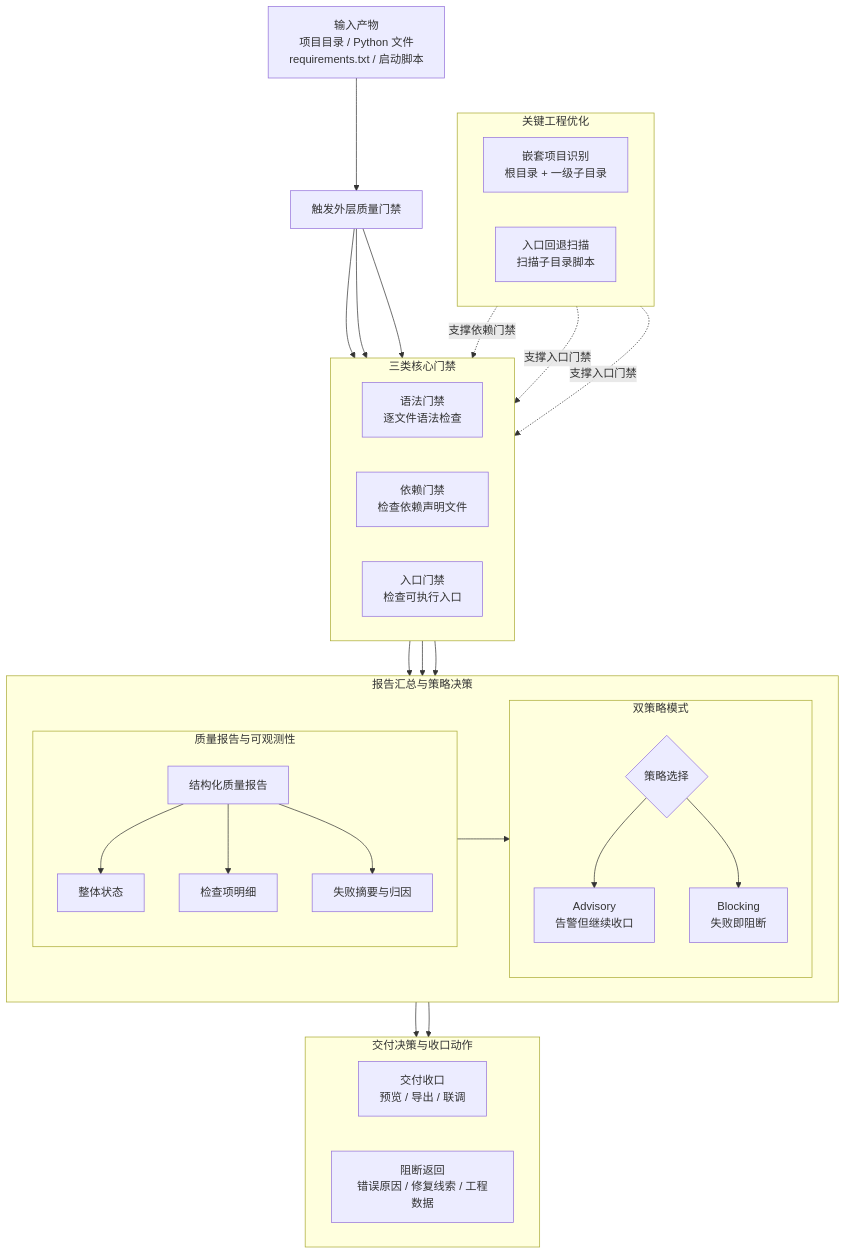
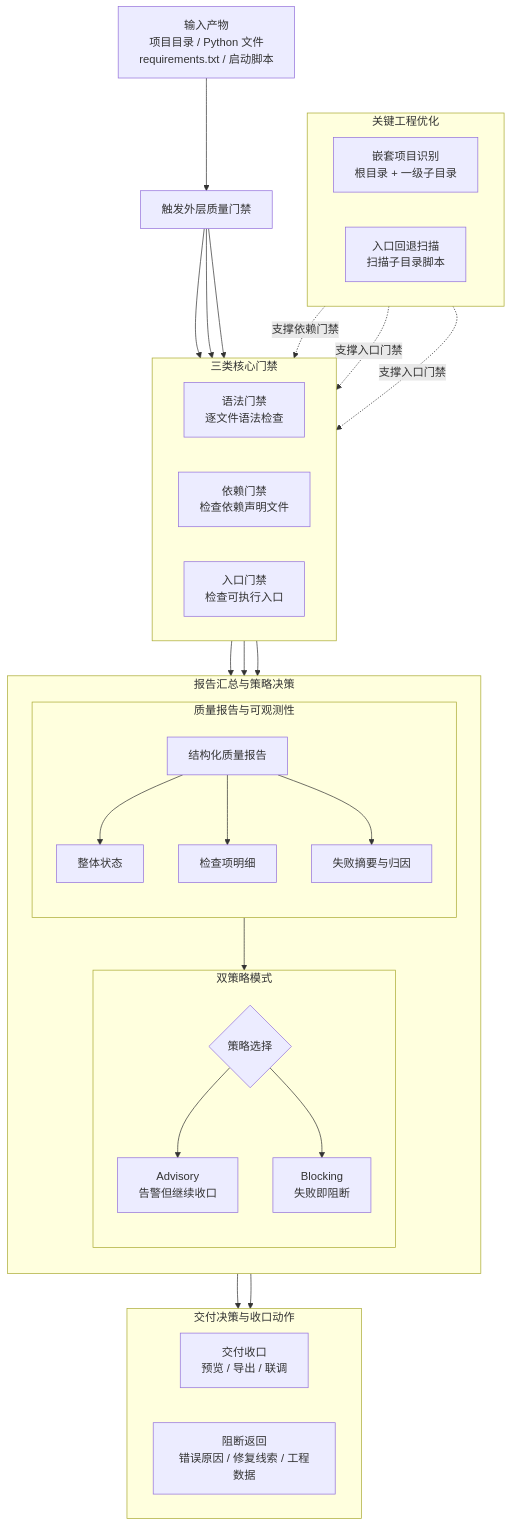
The diagram in all/未命名-3.md (William88866/iodraw-files), drawn with Mermaid before and after one commit.

Commit message:
2026-04-11 19:45:41 update

````diff
--- a/all/未命名-3.md
+++ b/all/未命名-3.md
@@ -1,69 +1,69 @@
 ```mermaid
 graph TD
 
 A[输入产物<br/>项目目录 / Python 文件<br/>requirements.txt / 启动脚本]
 B[触发外层质量门禁]
 
 A --> B
 
 subgraph D[关键工程优化]
 direction LR
 D1[嵌套项目识别<br/>根目录 + 一级子目录]
 D2[入口回退扫描<br/>扫描子目录脚本]
 end
 
 subgraph C[三类核心门禁]
 direction LR
 C1[语法门禁<br/>逐文件语法检查]
 C2[依赖门禁<br/>检查依赖声明文件]
 C3[入口门禁<br/>检查可执行入口]
 end
 
 B --> C1
 B --> C2
 B --> C3
 
 D1 -.支撑依赖门禁.-> C2
 D1 -.支撑入口门禁.-> C3
 D2 -.支撑入口门禁.-> C3
 
 subgraph H[报告汇总与策略决策]
-direction LR
+direction TB
 
 subgraph E[质量报告与可观测性]
 direction TB
 E1[结构化质量报告]
 E2[整体状态]
 E3[检查项明细]
 E4[失败摘要与归因]
 E1 --> E2
 E1 --> E3
 E1 --> E4
 end
 
 subgraph F[双策略模式]
 direction TB
 F1{策略选择}
 F2[Advisory<br/>告警但继续收口]
 F3[Blocking<br/>失败即阻断]
 F1 --> F2
 F1 --> F3
 end
 
 end
 
 C1 --> E1
 C2 --> E1
 C3 --> E1
 E1 --> F1
 
 subgraph G[交付决策与收口动作]
 direction LR
 G1[交付收口<br/>预览 / 导出 / 联调]
 G2[阻断返回<br/>错误原因 / 修复线索 / 工程数据]
 end
 
 F2 --> G1
 F3 --> G2
 
 ```
````
